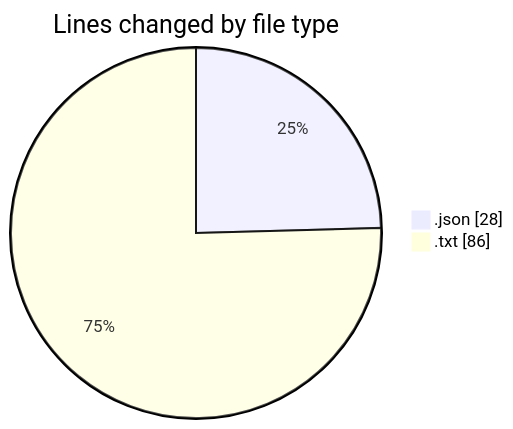
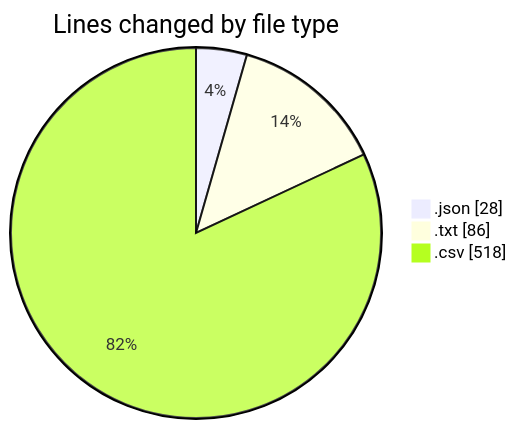
The first of 2 diagrams in 2025-07-27/refunds/README.md (EIIisD/code-tracking), drawn with Mermaid before and after one commit. The commit also changed other lines of this file and 1 other file, not shown here.

````diff
--- a/2025-07-27/refunds/README.md
+++ b/2025-07-27/refunds/README.md
@@ -22,6 +23,7 @@
 ```mermaid
 pie showData
 title Lines changed by file type
 ".json" : 28
 ".txt" : 86
+".csv" : 518
 ```
````
